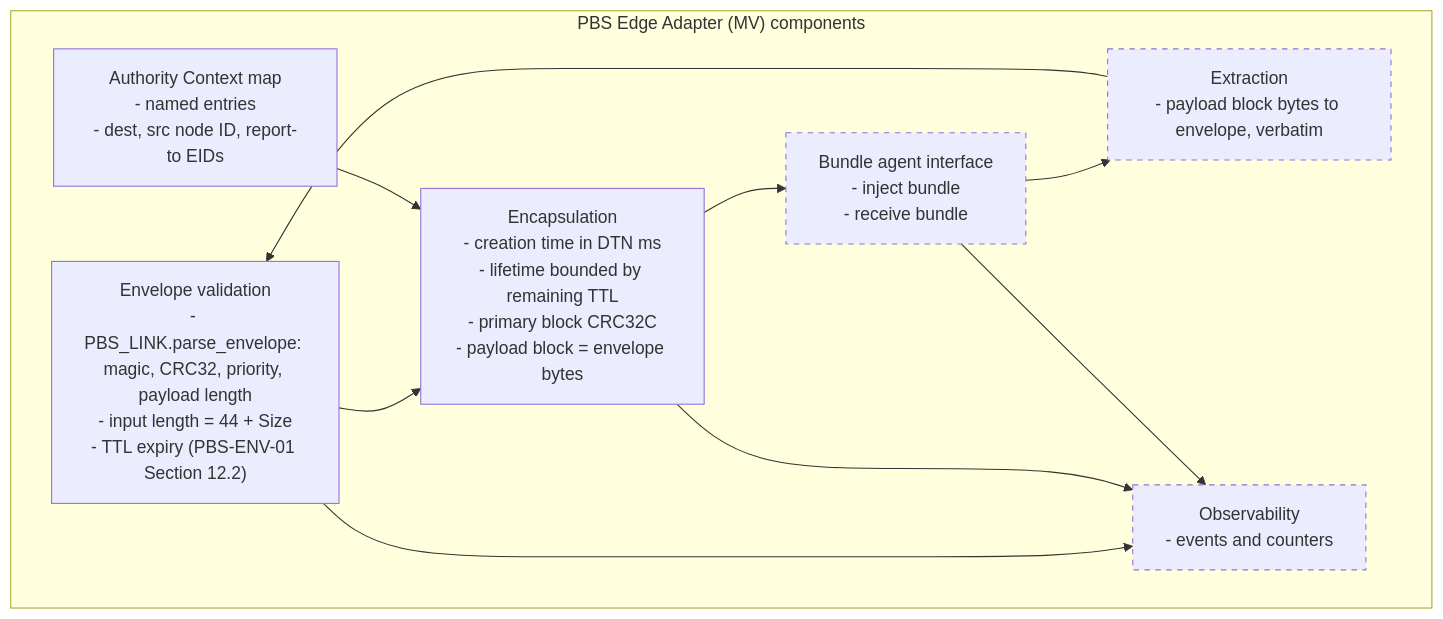
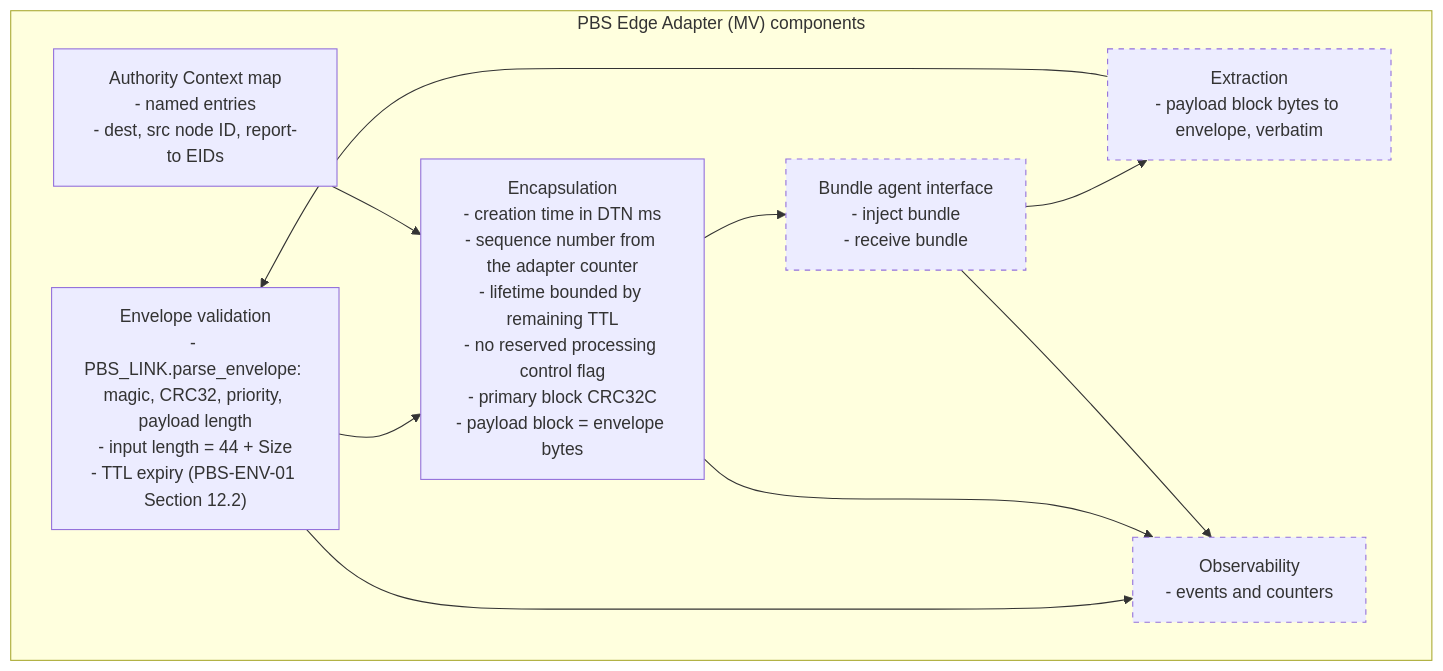
Before and after one commit to Pale-Blue-Systems/PBS-EDGE-ADAPTER-MV: the second of 6 diagrams in DOCS/PBS-EDGE-ARCHITECTURE.md, drawn with Mermaid. The commit also changed other lines of this file and 6 other files, not shown here.

````diff
--- a/DOCS/PBS-EDGE-ARCHITECTURE.md
+++ b/DOCS/PBS-EDGE-ARCHITECTURE.md
@@ -58,23 +58,23 @@
 ```mermaid
 flowchart TB
   subgraph ADAPTER["PBS Edge Adapter (MV) components"]
     VAL["Envelope validation<br/>- PBS_LINK.parse_envelope: magic, CRC32, priority, payload length<br/>- input length = 44 + Size<br/>- TTL expiry (PBS-ENV-01 Section 12.2)"]
     AC["Authority Context map<br/>- named entries<br/>- dest, src node ID, report-to EIDs"]
-    ENC["Encapsulation<br/>- creation time in DTN ms<br/>- lifetime bounded by remaining TTL<br/>- primary block CRC32C<br/>- payload block = envelope bytes"]
+    ENC["Encapsulation<br/>- creation time in DTN ms<br/>- sequence number from the adapter counter<br/>- lifetime bounded by remaining TTL<br/>- no reserved processing control flag<br/>- primary block CRC32C<br/>- payload block = envelope bytes"]
     EXT["Extraction<br/>- payload block bytes to envelope, verbatim"]
     IO["Bundle agent interface<br/>- inject bundle<br/>- receive bundle"]
     OBS["Observability<br/>- events and counters"]
   end
 
   VAL --> ENC
   AC --> ENC
   ENC --> IO
   IO --> EXT
   EXT --> VAL
   VAL --> OBS
   ENC --> OBS
   IO --> OBS
 
   classDef planned stroke-dasharray: 5 5
   class EXT,IO,OBS planned
 ```
````
